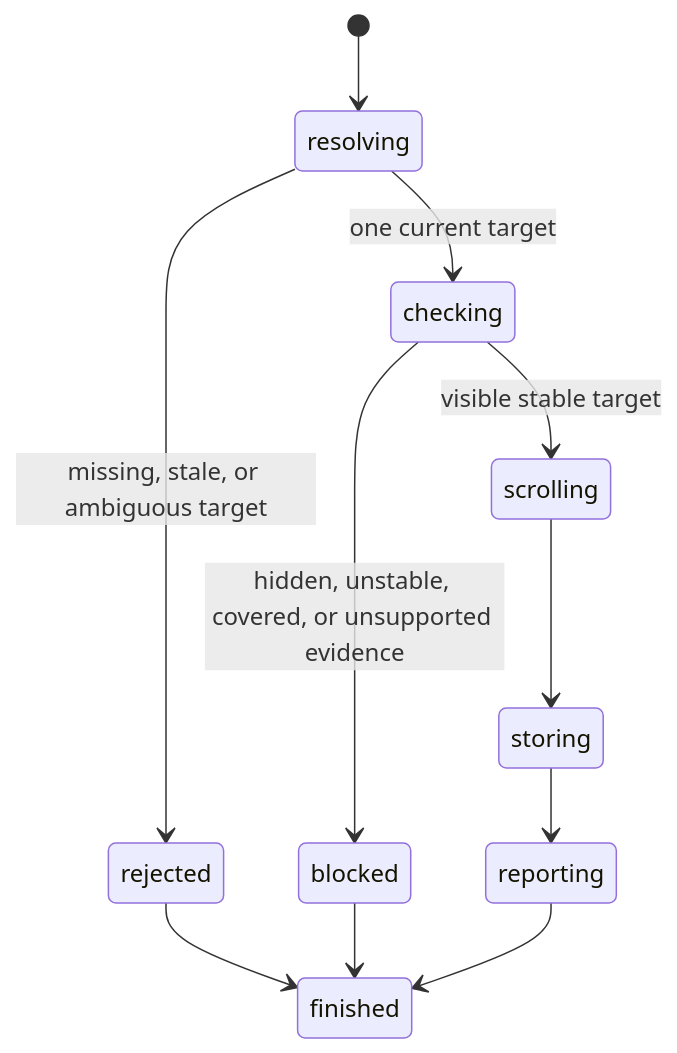
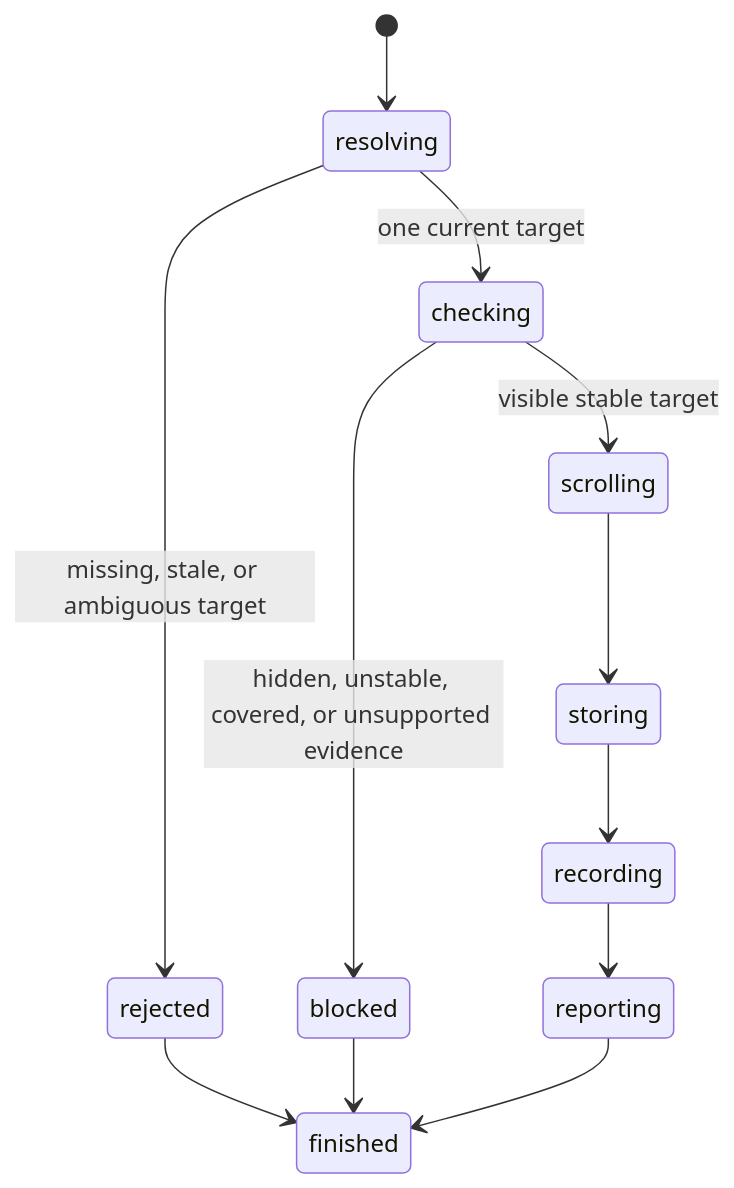
Before and after one commit to thoriqakbar0/browser.jr: the diagram in interaction/hover-element.md, drawn with Mermaid. The commit also changed other lines of this file and 27 other files, not shown here.

First line of the commit message:
Record pointer action event sequences

````diff
--- a/interaction/hover-element.md
+++ b/interaction/hover-element.md
@@ -27,13 +27,14 @@
 ```mermaid
 stateDiagram-v2
     [*] --> resolving
     resolving --> rejected : missing, stale, or ambiguous target
     resolving --> checking : one current target
     checking --> blocked : hidden, unstable, covered, or unsupported evidence
     checking --> scrolling : visible stable target
     scrolling --> storing
-    storing --> reporting
+    storing --> recording
+    recording --> reporting
     rejected --> finished
     blocked --> finished
     reporting --> finished
 ```
````
